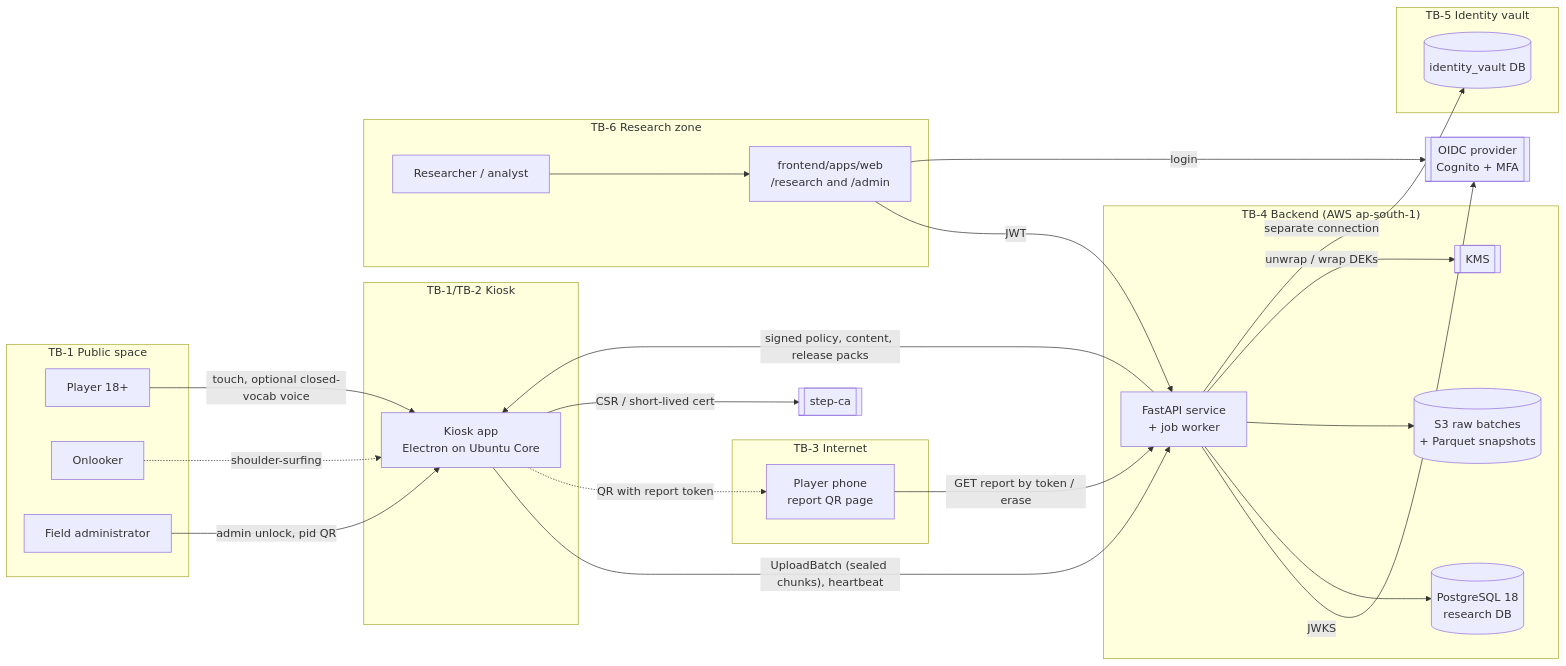
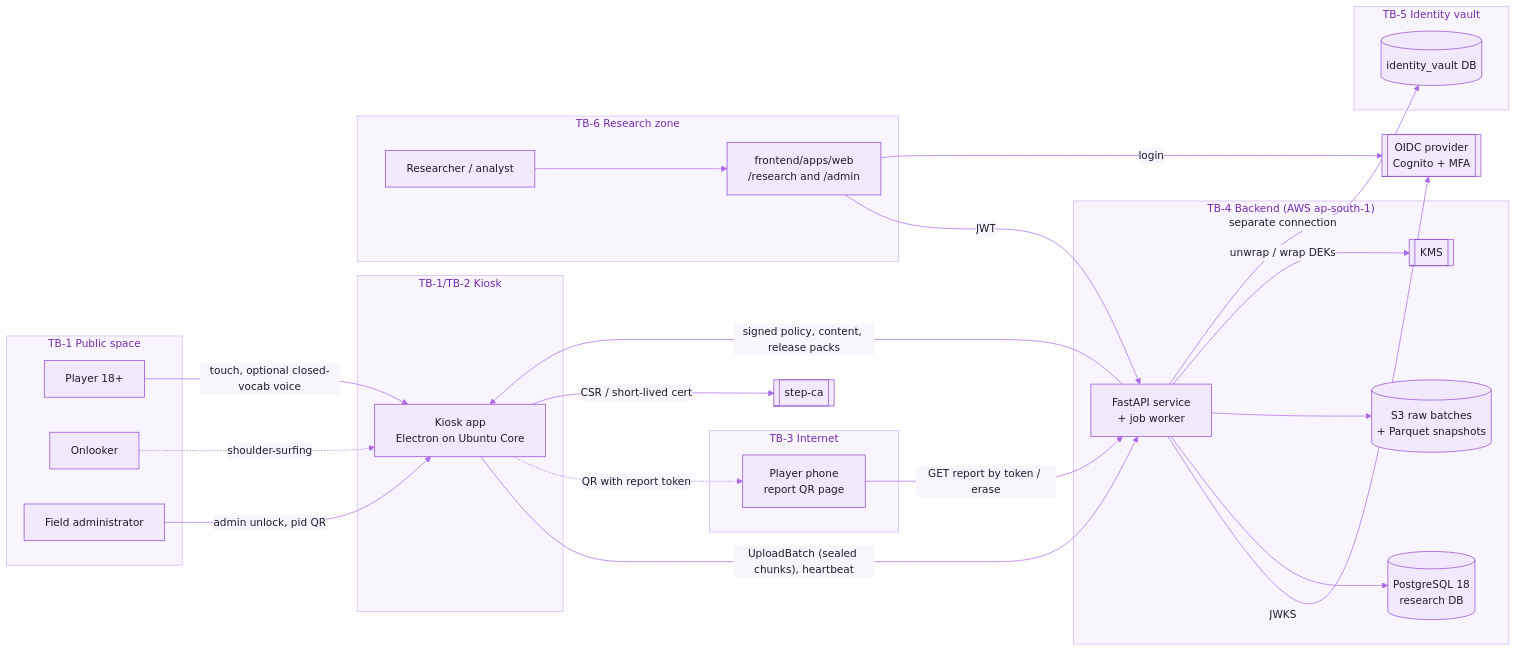
The first of 7 diagrams in docs/security/data-flows.md (ankits1802/behavioural-games), drawn with Mermaid before and after one commit. The commit also changed other lines of this file and 101 other files, not shown here.

````diff
--- a/docs/security/data-flows.md
+++ b/docs/security/data-flows.md
@@ -21,45 +23,46 @@
 ```mermaid
+%%{init: {"theme":"base","themeVariables":{"fontFamily":"Inter, ui-sans-serif, system-ui, -apple-system, Segoe UI, Roboto, Helvetica, Arial, sans-serif","fontSize":"15px","primaryColor":"#F2E9FE","primaryTextColor":"#1E1B2E","primaryBorderColor":"#9148D2","secondaryColor":"#FAEECD","secondaryTextColor":"#1E1B2E","secondaryBorderColor":"#CD9200","tertiaryColor":"#F3F1FA","tertiaryTextColor":"#1E1B2E","tertiaryBorderColor":"#A7A3BC","mainBkg":"#F2E9FE","nodeBorder":"#9148D2","nodeTextColor":"#1E1B2E","lineColor":"#AA69E9","textColor":"#857F9E","edgeLabelBackground":"#F9F5FF","clusterBkg":"#F9F5FF","clusterBorder":"#D6B6FB","titleColor":"#762CB1","noteBkgColor":"#FAEECD","noteTextColor":"#1E1B2E","noteBorderColor":"#CD9200","actorBkg":"#F2E9FE","actorBorder":"#9148D2","actorTextColor":"#1E1B2E","actorLineColor":"#AA69E9","signalColor":"#AA69E9","signalTextColor":"#857F9E","labelBoxBkgColor":"#F2E9FE","labelBoxBorderColor":"#9148D2","labelTextColor":"#1E1B2E","loopTextColor":"#857F9E","activationBkgColor":"#E7D5FE","activationBorderColor":"#9148D2","sequenceNumberColor":"#FFFFFF","transitionColor":"#AA69E9","transitionLabelColor":"#857F9E","stateLabelColor":"#1E1B2E","stateBkg":"#F2E9FE","compositeBackground":"#F9F5FF","compositeTitleBackground":"#F2E9FE","attributeBackgroundColorOdd":"#FFFFFF","attributeBackgroundColorEven":"#F9F5FF","relationColor":"#AA69E9","relationLabelBackground":"#F9F5FF","relationLabelColor":"#1E1B2E"}}}%%
 flowchart LR
   subgraph TB1["TB-1 Public space"]
     P[Player 18+]
     O[Onlooker]
     FA[Field administrator]
   end
   subgraph TB2["TB-1/TB-2 Kiosk"]
     K[Kiosk app<br/>Electron on Ubuntu Core]
   end
   subgraph TB3["TB-3 Internet"]
     PH[Player phone<br/>report QR page]
   end
   subgraph TB4["TB-4 Backend (AWS ap-south-1)"]
     API[FastAPI service<br/>+ job worker]
     DB[(PostgreSQL 18<br/>research DB)]
     S3[(S3 raw batches<br/>+ Parquet snapshots)]
     KMS[[KMS]]
   end
   subgraph TB5["TB-5 Identity vault"]
     V[(identity_vault DB)]
   end
   subgraph TB6["TB-6 Research zone"]
     WEB[frontend/apps/web<br/>/research and /admin]
     R[Researcher / analyst]
   end
   IDP[[OIDC provider<br/>Cognito + MFA]]
   CA[[step-ca]]
 
   P -- touch, optional closed-vocab voice --> K
   O -. shoulder-surfing .-> K
   FA -- admin unlock, pid QR --> K
   K -- "UploadBatch (sealed chunks), heartbeat" --> API
   API -- "signed policy, content, release packs" --> K
   K -. "QR with report token" .-> PH
   PH -- "GET report by token / erase" --> API
   R --> WEB -- "JWT" --> API
   WEB -- login --> IDP
   API -- JWKS --> IDP
   K -- "CSR / short-lived cert" --> CA
   API --> DB
   API --> S3
   API -- "unwrap / wrap DEKs" --> KMS
   API -- separate connection --> V
 ```
````
